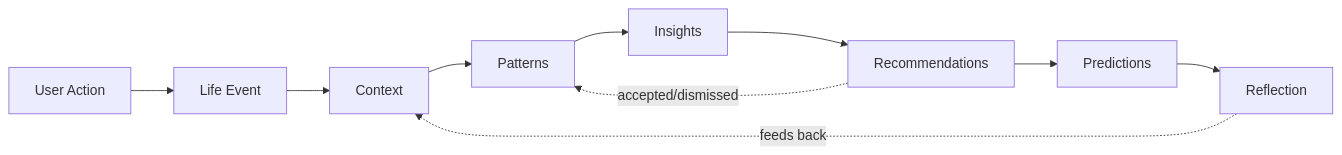
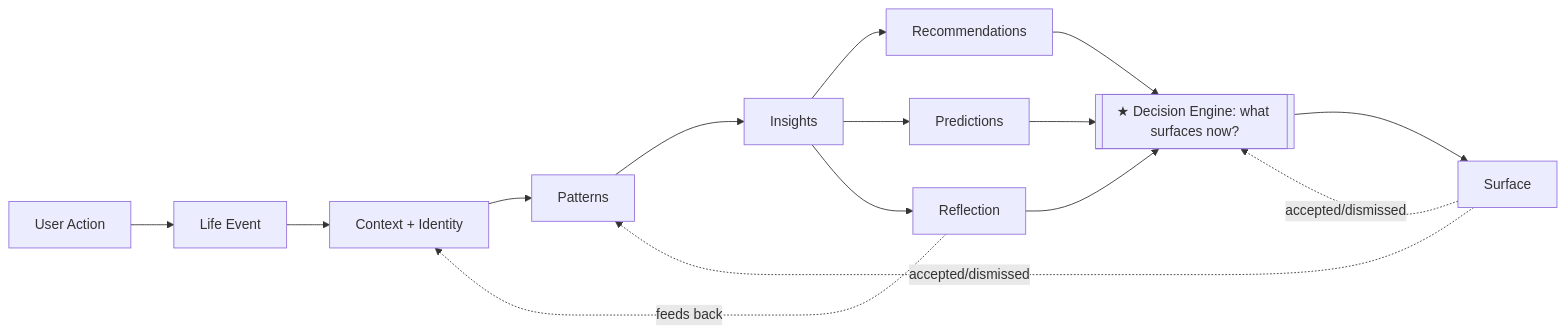
Before and after one commit to karimovisa/ISA: the sixth of 9 diagrams in docs/ISA_LIFE_INTELLIGENCE_ENGINE.md, drawn with Mermaid. The commit also changed other lines of this file and 1 other file, not shown here.

Commit message:
docs: add Identity Layer (aspirational self as apex context + hard constraint) and Decision Engine (attention arbitration) to the Life Intelligence Engine; matching Core Philosophy principle

````diff
--- a/docs/ISA_LIFE_INTELLIGENCE_ENGINE.md
+++ b/docs/ISA_LIFE_INTELLIGENCE_ENGINE.md
@@ -440,6 +500,9 @@
 ```mermaid
 flowchart LR
-    A[User Action] --> B[Life Event] --> C[Context] --> D[Patterns] --> E[Insights] --> F[Recommendations] --> G[Predictions] --> H[Reflection]
+    A[User Action] --> B[Life Event] --> C[Context + Identity] --> D[Patterns] --> E[Insights] --> F[Recommendations] & G[Predictions] & H[Reflection]
+    F & G & H --> DEC[["★ Decision Engine: what surfaces now?"]]
+    DEC --> S[Surface]
     H -. feeds back .-> C
-    F -. accepted/dismissed .-> D
+    S -. accepted/dismissed .-> D
+    S -. accepted/dismissed .-> DEC
 ```
````
